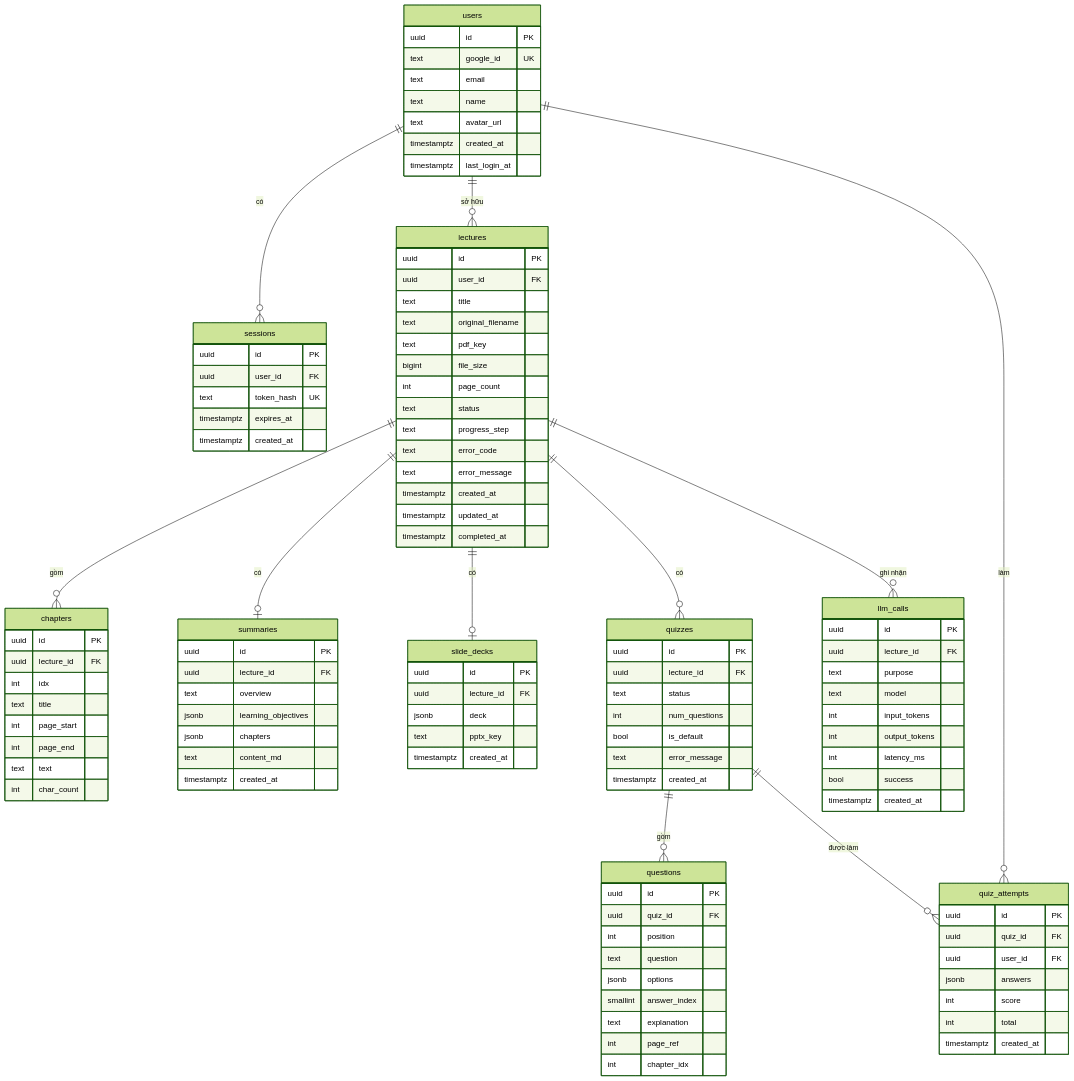
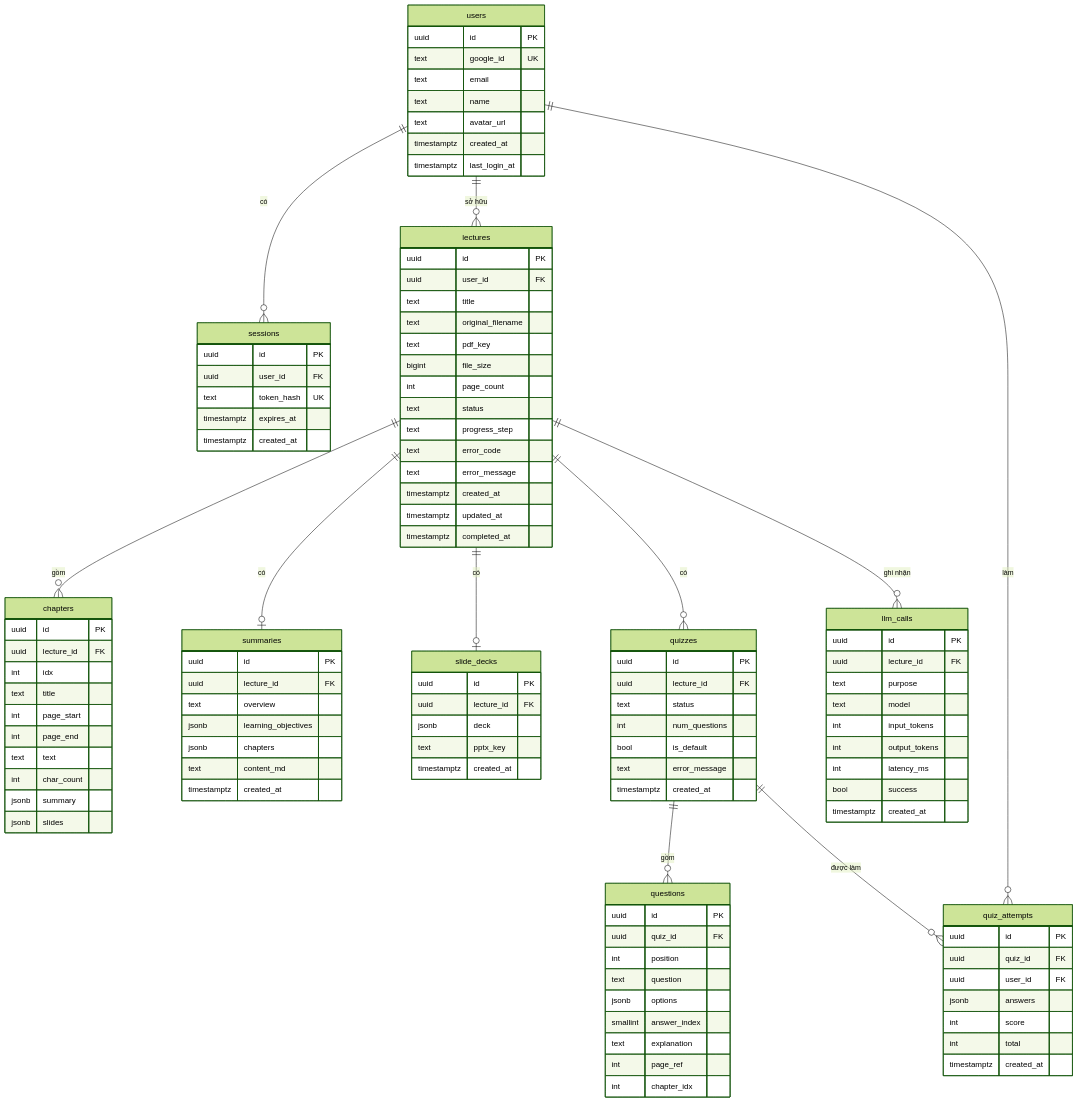
Before and after one commit to martlnz/Stugen: the first of 2 diagrams in docs/design/data-model.md, drawn with Mermaid (forest theme). The commit also changed other lines of this file and 13 other files, not shown here.

```diff
--- a/docs/design/data-model.md
+++ b/docs/design/data-model.md
@@ -67,6 +69,8 @@
         int page_end
         text text
         int char_count
+        jsonb summary
+        jsonb slides
     }
     summaries {
         uuid id PK
```
